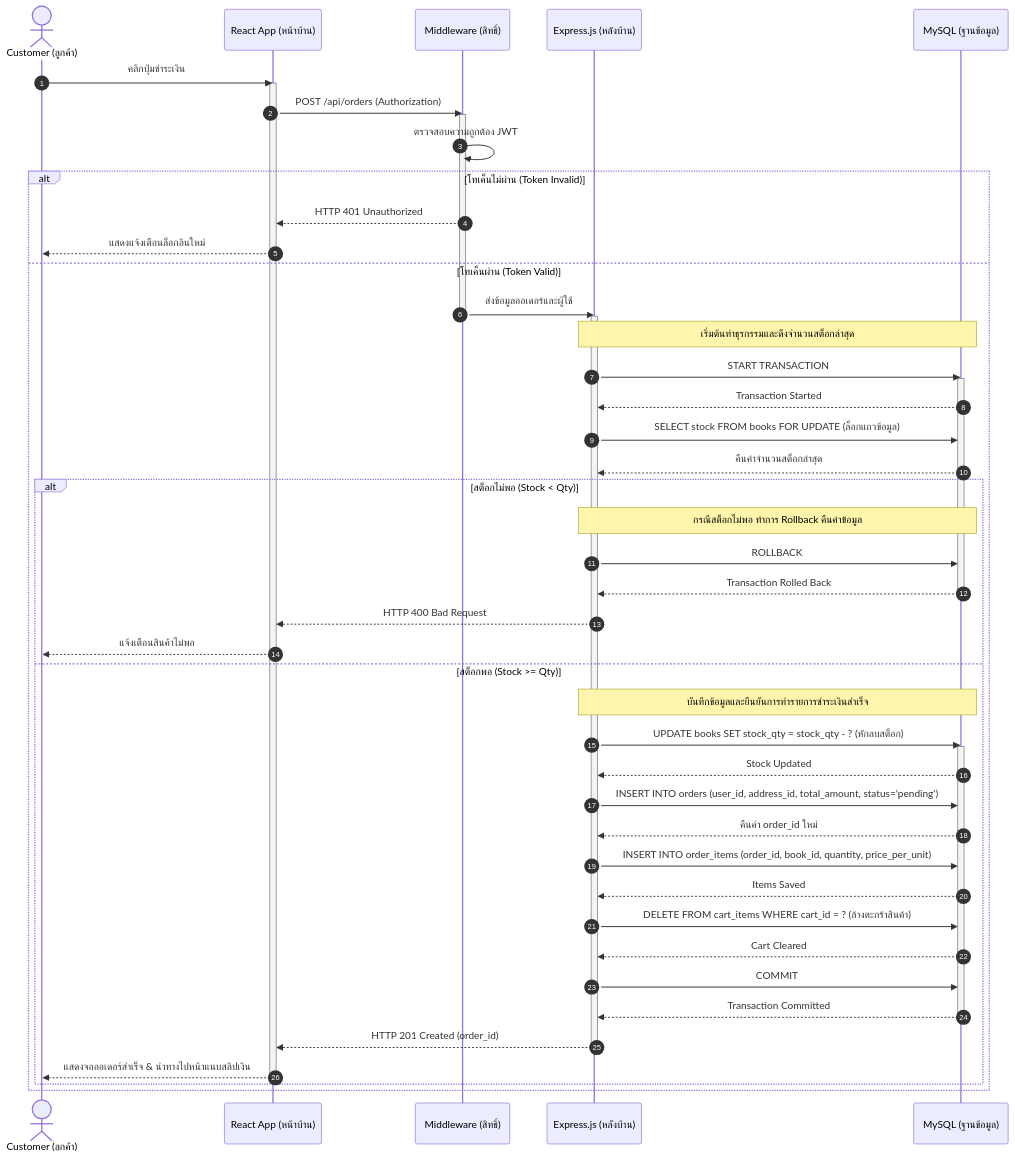
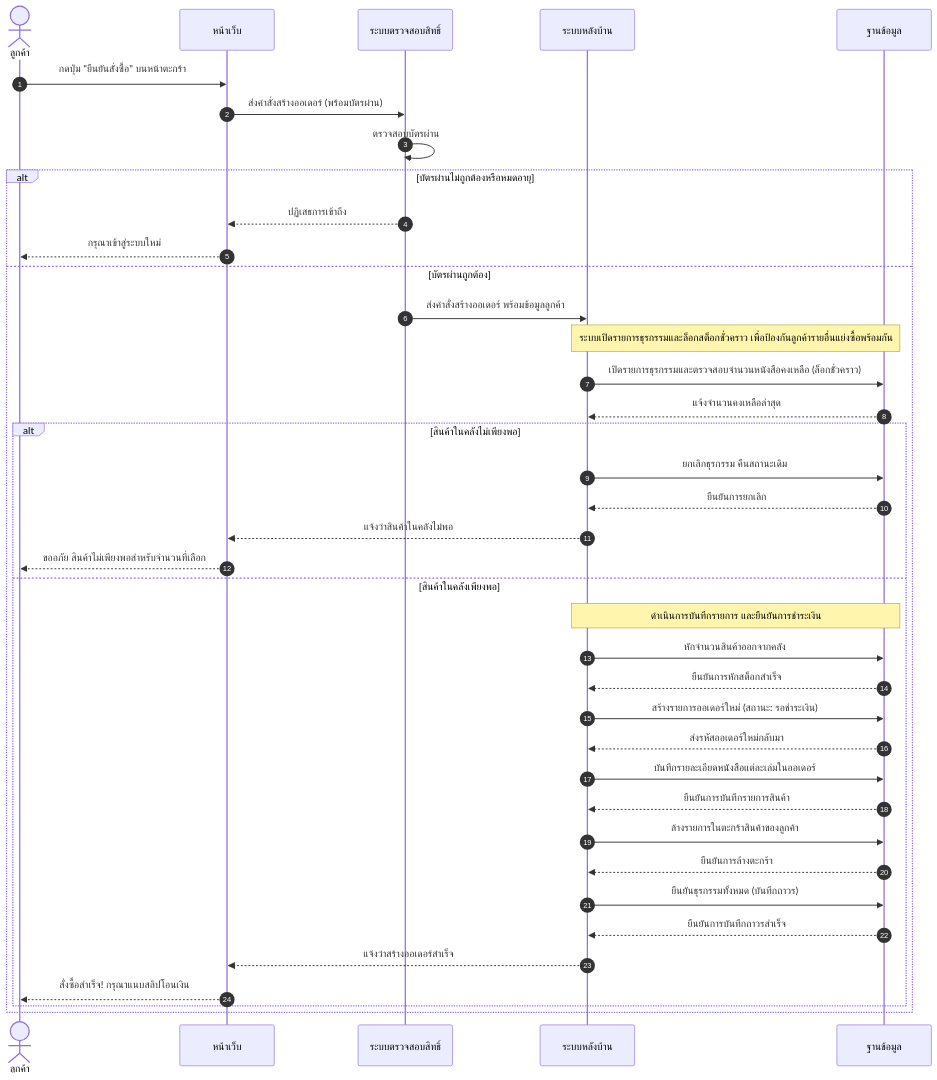
One commit to SupvichSpuGM/online-bookstore changed the sixth of 11 diagrams in diagram/workshop4.md. Above: the diagram before and after it, drawn with Mermaid. The commit also changed other lines of this file and 1 other file, not shown here.

````diff
--- a/diagram/workshop4.md
+++ b/diagram/workshop4.md
@@ -392,65 +407,42 @@
 ```mermaid
 sequenceDiagram
-            autonumber
-            actor Customer as Customer (ลูกค้า)
-            participant Client as React App (หน้าบ้าน)
-            participant AuthMW as Middleware (สิทธิ์)
-            participant API as Express.js (หลังบ้าน)
-            participant DB as MySQL (ฐานข้อมูล)
+    autonumber
+    actor Customer as ลูกค้า
+    participant Web as หน้าเว็บ
+    participant Guard as ระบบตรวจสอบสิทธิ์
+    participant App as ระบบหลังบ้าน
+    participant DB as ฐานข้อมูล
 
-            Customer->>Client: คลิกปุ่มชำระเงิน
-            activate Client
-            Client->>AuthMW: POST /api/orders (Authorization)
-            activate AuthMW
-            
-            AuthMW->>AuthMW: ตรวจสอบความถูกต้อง JWT
-            
-            alt โทเค็นไม่ผ่าน (Token Invalid)
-                AuthMW-->>Client: HTTP 401 Unauthorized
-                Client-->>Customer: แสดงแจ้งเตือนล็อกอินใหม่
-            else โทเค็นผ่าน (Token Valid)
-                AuthMW->>API: ส่งข้อมูลออเดอร์และผู้ใช้
-                deactivate AuthMW
-                activate API
-                
-                note over API, DB: เริ่มต้นทำธุรกรรมและดึงจำนวนสต็อกล่าสุด
-                API->>DB: START TRANSACTION
-                activate DB
-                DB-->>API: Transaction Started
-                
-                API->>DB: SELECT stock FROM books FOR UPDATE (ล็อกแถวข้อมูล)
-                DB-->>API: คืนค่าจำนวนสต็อกล่าสุด
-                
-                alt สต็อกไม่พอ (Stock < Qty)
-                    note over API, DB: กรณีสต็อกไม่พอ ทำการ Rollback คืนค่าข้อมูล
-                    API->>DB: ROLLBACK
-                    DB-->>API: Transaction Rolled Back
-                    deactivate DB
-                    API-->>Client: HTTP 400 Bad Request
-                    Client-->>Customer: แจ้งเตือนสินค้าไม่พอ
-                else สต็อกพอ (Stock >= Qty)
-                    note over API, DB: บันทึกข้อมูลและยืนยันการทำรายการชำระเงินสำเร็จ
-                    API->>DB: UPDATE books SET stock_qty = stock_qty - ? (หักลบสต็อก)
-                    activate DB
-                    DB-->>API: Stock Updated
-                    
-                    API->>DB: INSERT INTO orders (user_id, address_id, total_amount, status='pending')
-                    DB-->>API: คืนค่า order_id ใหม่
-                    
-                    API->>DB: INSERT INTO order_items (order_id, book_id, quantity, price_per_unit)
-                    DB-->>API: Items Saved
-
-                    API->>DB: DELETE FROM cart_items WHERE cart_id = ? (ล้างตะกร้าสินค้า)
-                    DB-->>API: Cart Cleared
-                    
-                    API->>DB: COMMIT
-                    DB-->>API: Transaction Committed
-                    deactivate DB
-                    
-                    API-->>Client: HTTP 201 Created (order_id)
-                    deactivate API
-                    Client-->>Customer: แสดงจอออเดอร์สำเร็จ & นำทางไปหน้าแนบสลิปเงิน
-                    deactivate Client
-                end
-            end
+    Customer->>Web: กดปุ่ม "ยืนยันสั่งซื้อ" บนหน้าตะกร้า
+    Web->>Guard: ส่งคำสั่งสร้างออเดอร์ (พร้อมบัตรผ่าน)
+    Guard->>Guard: ตรวจสอบบัตรผ่าน
+    alt บัตรผ่านไม่ถูกต้องหรือหมดอายุ
+        Guard-->>Web: ปฏิเสธการเข้าถึง
+        Web-->>Customer: กรุณาเข้าสู่ระบบใหม่
+    else บัตรผ่านถูกต้อง
+        Guard->>App: ส่งคำสั่งสร้างออเดอร์ พร้อมข้อมูลลูกค้า
+        Note over App, DB: ระบบเปิดรายการธุรกรรมและล็อกสต็อกชั่วคราว เพื่อป้องกันลูกค้ารายอื่นแย่งซื้อพร้อมกัน
+        App->>DB: เปิดรายการธุรกรรมและตรวจสอบจำนวนหนังสือคงเหลือ (ล็อกชั่วคราว)
+        DB-->>App: แจ้งจำนวนคงเหลือล่าสุด
+        alt สินค้าในคลังไม่เพียงพอ
+            App->>DB: ยกเลิกธุรกรรม คืนสถานะเดิม
+            DB-->>App: ยืนยันการยกเลิก
+            App-->>Web: แจ้งว่าสินค้าในคลังไม่พอ
+            Web-->>Customer: ขออภัย สินค้าไม่เพียงพอสำหรับจำนวนที่เลือก
+        else สินค้าในคลังเพียงพอ
+            Note over App, DB: ดำเนินการบันทึกรายการ และยืนยันการชำระเงิน
+            App->>DB: หักจำนวนสินค้าออกจากคลัง
+            DB-->>App: ยืนยันการหักสต็อกสำเร็จ
+            App->>DB: สร้างรายการออเดอร์ใหม่ (สถานะ: รอชำระเงิน)
+            DB-->>App: ส่งรหัสออเดอร์ใหม่กลับมา
+            App->>DB: บันทึกรายละเอียดหนังสือแต่ละเล่มในออเดอร์
+            DB-->>App: ยืนยันการบันทึกรายการสินค้า
+            App->>DB: ล้างรายการในตะกร้าสินค้าของลูกค้า
+            DB-->>App: ยืนยันการล้างตะกร้า
+            App->>DB: ยืนยันธุรกรรมทั้งหมด (บันทึกถาวร)
+            DB-->>App: ยืนยันการบันทึกถาวรสำเร็จ
+            App-->>Web: แจ้งว่าสร้างออเดอร์สำเร็จ
+            Web-->>Customer: สั่งซื้อสำเร็จ! กรุณาแนบสลิปโอนเงิน
+        end
+    end
 ```
````
